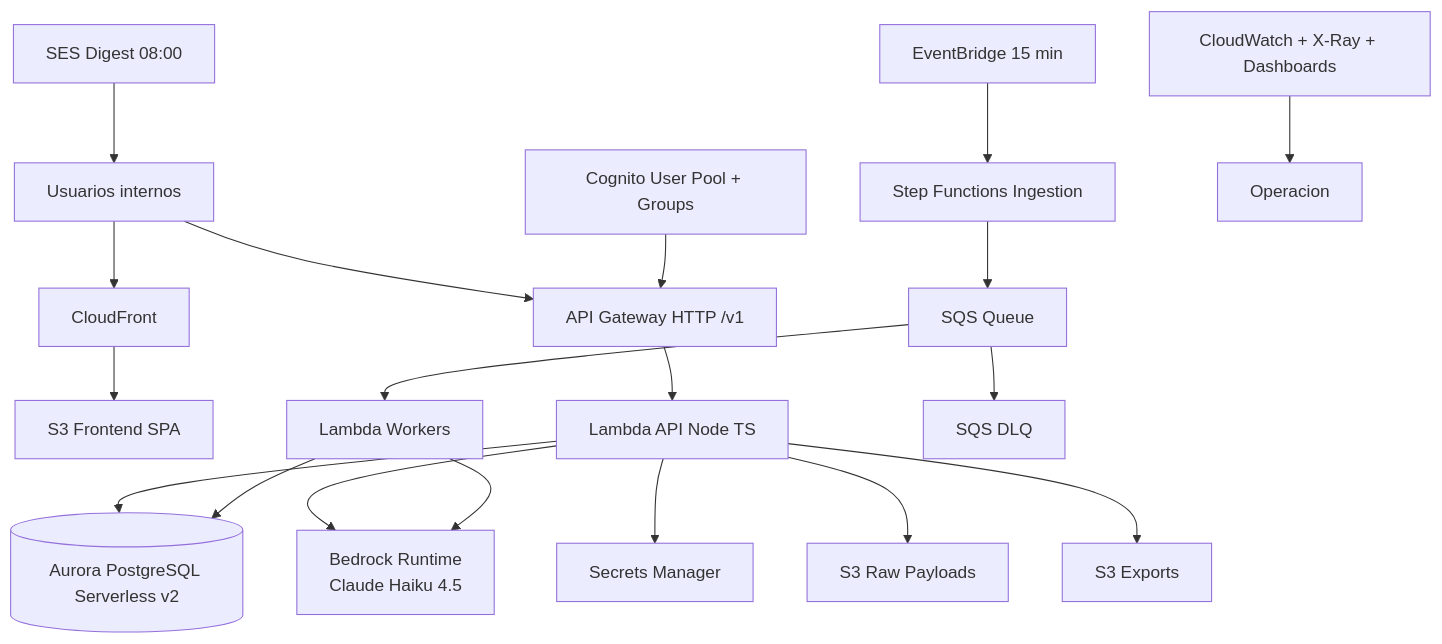
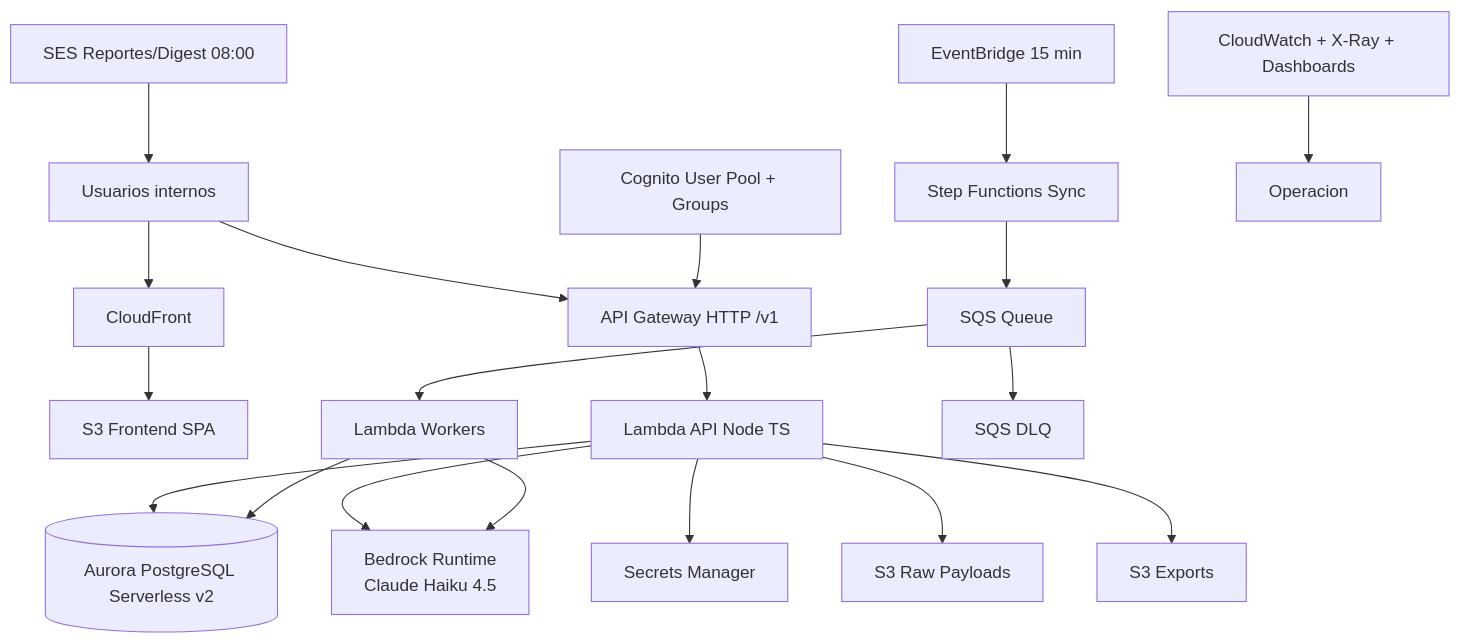
One commit to alejandrogutier/claro_data_ai changed the diagram in AWS.md. Above: the diagram before and after it, drawn with Mermaid. The commit also changed other lines of this file and 21 other files, not shown here.

````diff
--- a/AWS.md
+++ b/AWS.md
@@ -7,25 +12,25 @@
 ```mermaid
 flowchart TD
     U[Usuarios internos] --> CF[CloudFront]
     CF --> S3FE[S3 Frontend SPA]
     U --> APIGW[API Gateway HTTP /v1]
     APIGW --> LAPI[Lambda API Node TS]
 
     LAPI --> AURORA[(Aurora PostgreSQL Serverless v2)]
     LAPI --> SM[Secrets Manager]
     LAPI --> BR[Bedrock Runtime\nClaude Haiku 4.5]
     LAPI --> S3RAW[S3 Raw Payloads]
     LAPI --> S3EXP[S3 Exports]
 
-    EVB[EventBridge 15 min] --> SFN[Step Functions Ingestion]
+    EVB[EventBridge 15 min] --> SFN[Step Functions Sync]
     SFN --> SQS[SQS Queue]
     SQS --> LWORK[Lambda Workers]
     LWORK --> AURORA
     LWORK --> BR
     SQS --> DLQ[SQS DLQ]
 
     COG[Cognito User Pool + Groups] --> APIGW
 
-    SES[SES Digest 08:00] --> U
+    SES[SES Reportes/Digest 08:00] --> U
     CW[CloudWatch + X-Ray + Dashboards] --> OPS[Operacion]
 ```
````
